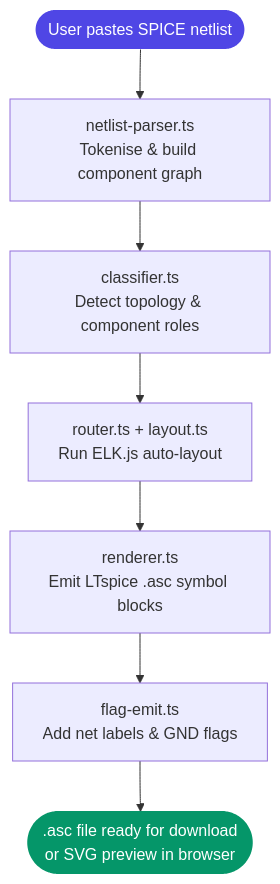
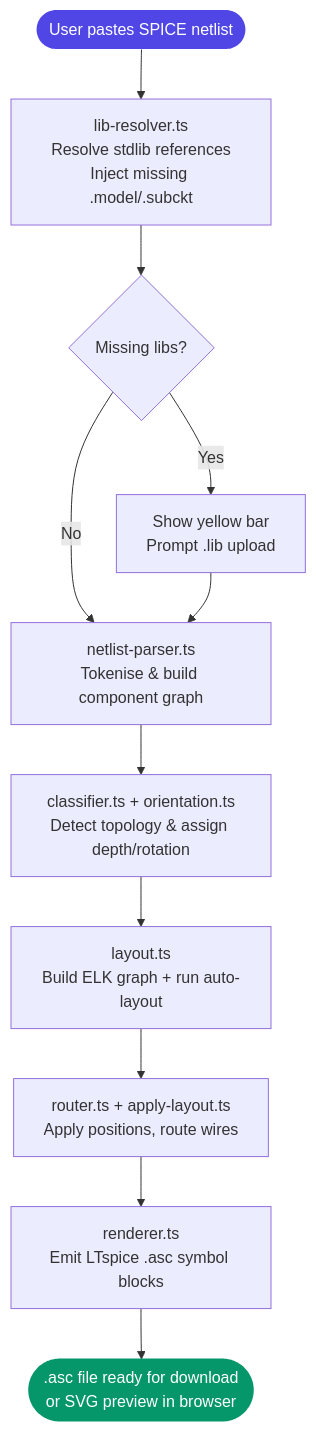
Before and after one commit to MNADITYA05/WEAVE: the first of 3 diagrams in README.md, drawn with Mermaid. The commit also changed other lines of this file and 10 other files, not shown here.

````diff
--- a/README.md
+++ b/README.md
@@ -109,12 +110,16 @@
 ```mermaid
 flowchart TD
-    A([User pastes SPICE netlist]) --> B[netlist-parser.ts\nTokenise & build component graph]
-    B --> C[classifier.ts\nDetect topology & component roles]
-    C --> D[router.ts + layout.ts\nRun ELK.js auto-layout]
-    D --> E[renderer.ts\nEmit LTspice .asc symbol blocks]
-    E --> F[flag-emit.ts\nAdd net labels & GND flags]
-    F --> G([.asc file ready for download\nor SVG preview in browser])
+    A([User pastes SPICE netlist]) --> B[lib-resolver.ts\nResolve stdlib references\nInject missing .model/.subckt]
+    B --> B2{Missing libs?}
+    B2 -- Yes --> B3[Show yellow bar\nPrompt .lib upload]
+    B2 -- No --> C
+    B3 --> C[netlist-parser.ts\nTokenise & build component graph]
+    C --> D[classifier.ts + orientation.ts\nDetect topology & assign depth/rotation]
+    D --> E[layout.ts\nBuild ELK graph + run auto-layout]
+    E --> F[router.ts + apply-layout.ts\nApply positions, route wires]
+    F --> G[renderer.ts\nEmit LTspice .asc symbol blocks]
+    G --> H([.asc file ready for download\nor SVG preview in browser])
 
     style A fill:#4F46E5,color:#fff,stroke:none
-    style G fill:#059669,color:#fff,stroke:none
+    style H fill:#059669,color:#fff,stroke:none
 ```
````
